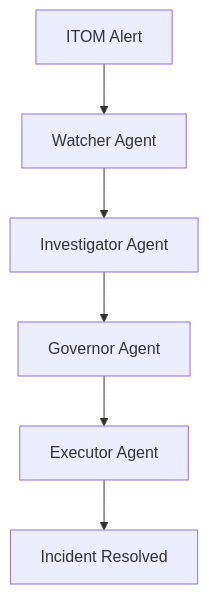
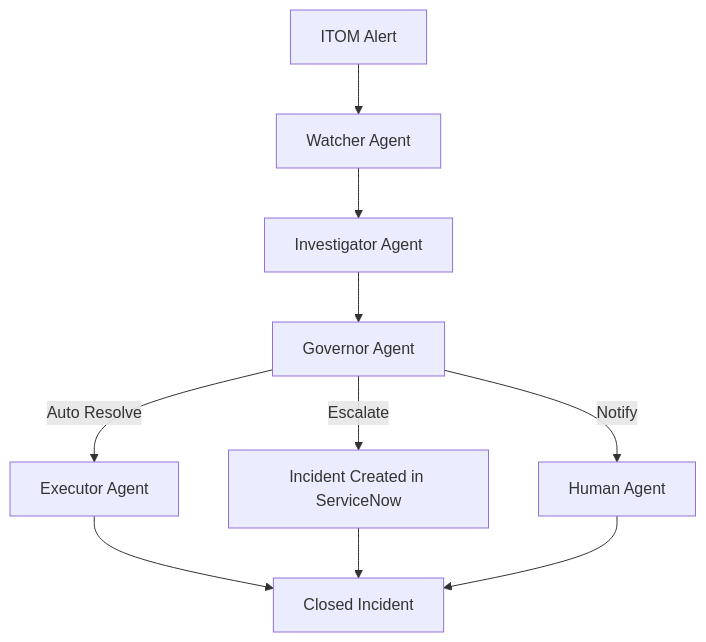
One commit to ankitaditya/servicenow-agent-tower changed the second of 2 diagrams in README.md. Above: the diagram before and after it, drawn with Mermaid. The commit also changed other lines of this file, not shown here.

Commit message:
enhanced agentic tower workflow

````diff
--- a/README.md
+++ b/README.md
@@ -44,8 +44,16 @@
 ```mermaid
 flowchart TD
     A[ITOM Alert] --> B[Watcher Agent]
     B --> C[Investigator Agent]
     C --> D[Governor Agent]
-    D --> E[Executor Agent]
-    E --> F[Incident Resolved]
+
+    %% Governor decision point
+    D -->|Auto Resolve| E[Executor Agent]
+    D -->|Escalate| F[Incident Created in ServiceNow]
+    D -->|Notify| G[Human Agent]
+
+    %% End states
+    E --> H[Closed Incident]
+    F --> H
+    G --> H
 ```
````
